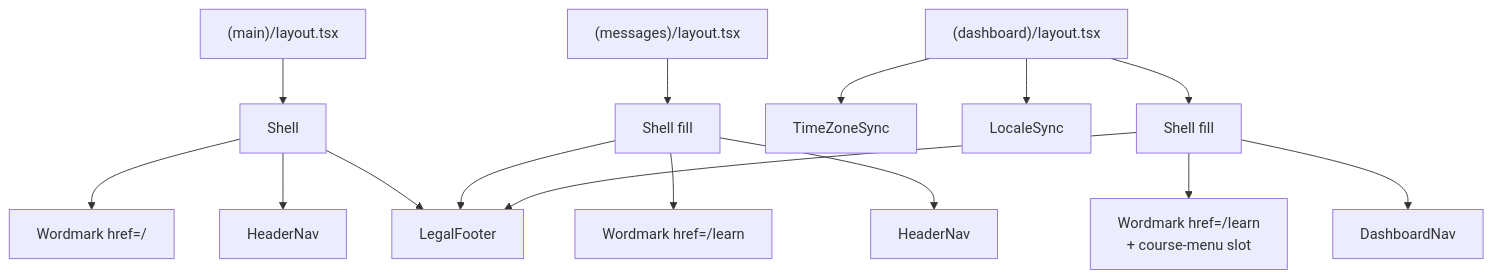
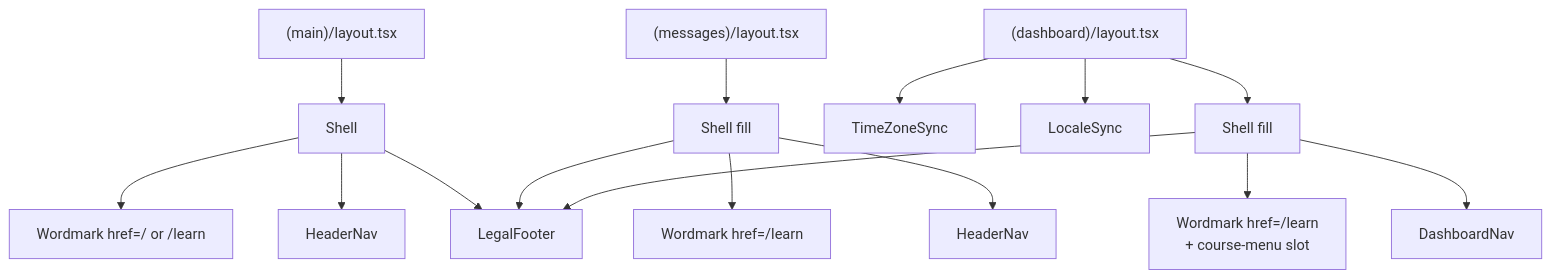
One commit to VictorBro/ft_transcendence changed the first of 5 diagrams in docs/web/03-shell-components.md. Above: the diagram before and after it, drawn with Mermaid. The commit also changed other lines of this file and 223 other files, not shown here.

````diff
--- a/docs/web/03-shell-components.md
+++ b/docs/web/03-shell-components.md
@@ -24,17 +24,17 @@
 ```mermaid
 flowchart TD
     ML["(main)/layout.tsx"] --> S1["Shell"]
     MSL["(messages)/layout.tsx"] --> S2["Shell fill"]
     DL["(dashboard)/layout.tsx"] --> TZ["TimeZoneSync"]
     DL --> LS["LocaleSync"]
     DL --> S3["Shell fill"]
-    S1 --> W1["Wordmark href=/"]
+    S1 --> W1["Wordmark href=/ or /learn"]
     S1 --> HN1["HeaderNav"]
     S2 --> W2["Wordmark href=/learn"]
     S2 --> HN2["HeaderNav"]
     S3 --> W3["Wordmark href=/learn<br/>+ course-menu slot"]
     S3 --> DN["DashboardNav"]
     S1 --> F["LegalFooter"]
     S2 --> F
     S3 --> F
 ```
````
